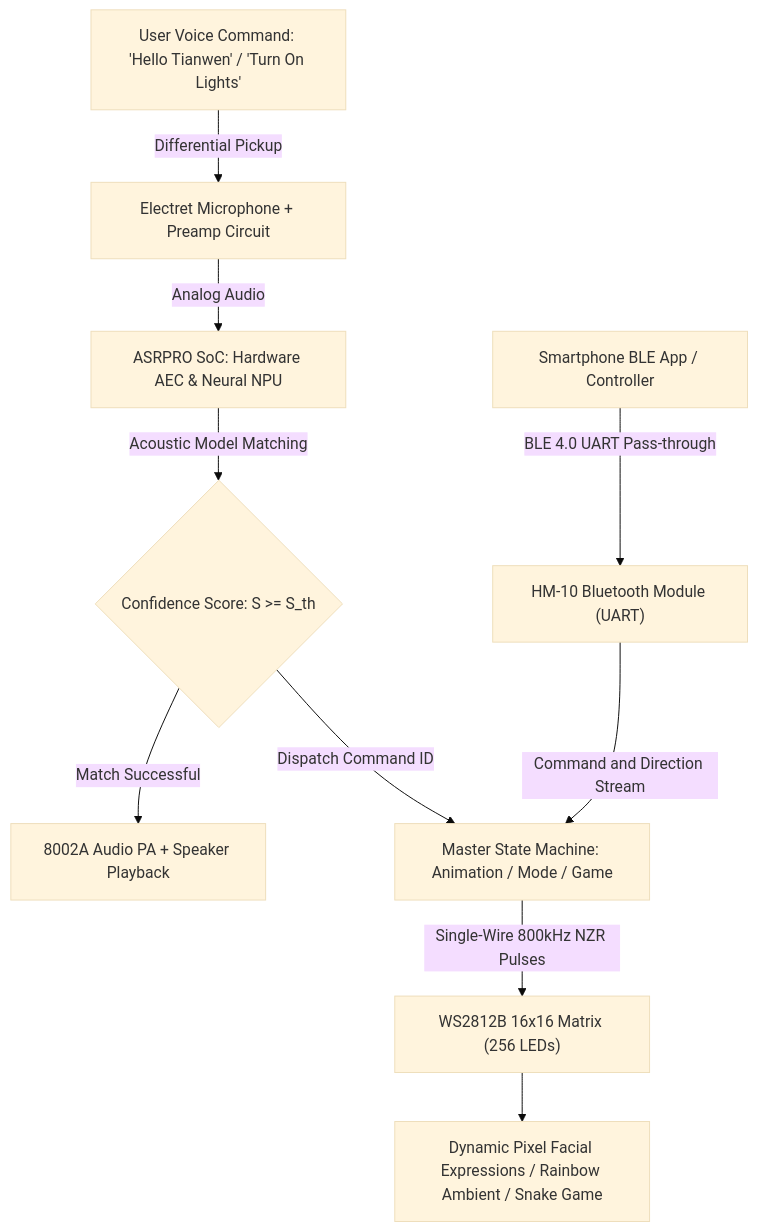
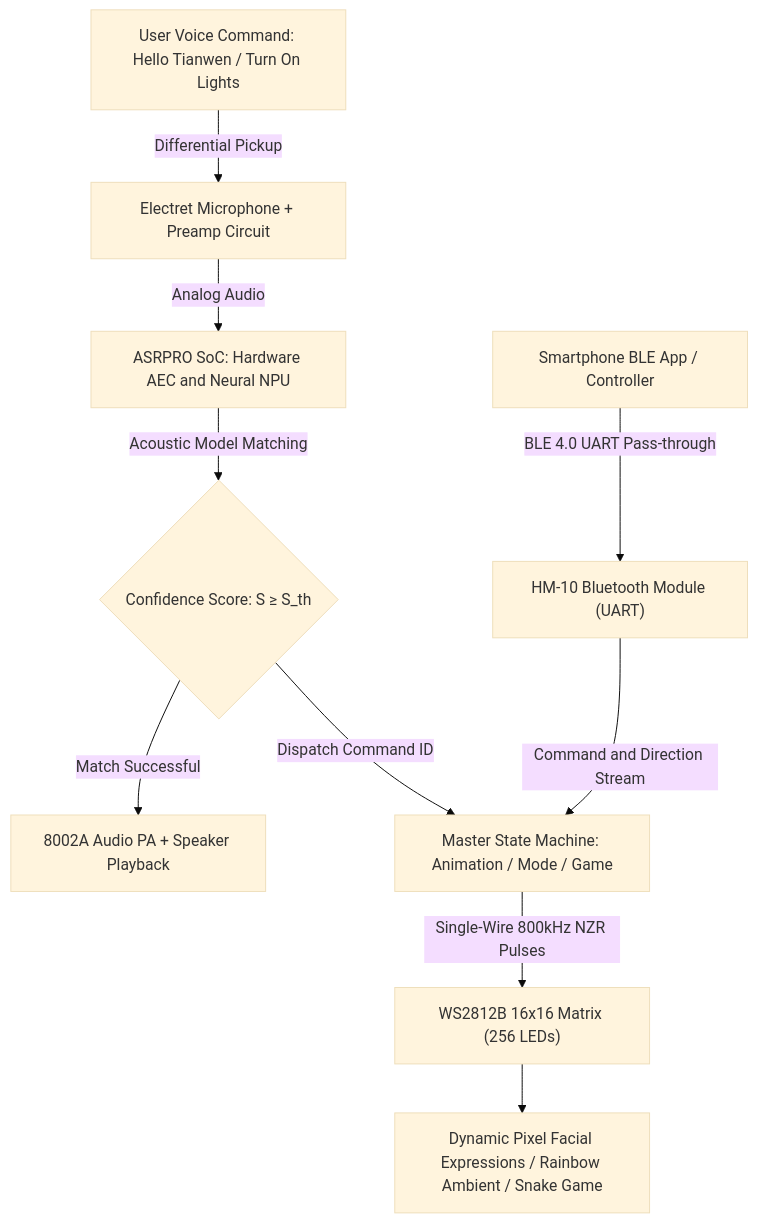
The diagram in README_EN.md (DongFengPo1412/Intelligent-Lighting-Control-System-Basic), drawn with Mermaid (base theme) before and after one commit. The commit also changed other lines of this file and 2 other files, not shown here.

Commit message:
docs: optimize math formulas and mermaid diagrams for GitHub KaTeX and Markdown compatibility

````diff
--- a/README_EN.md
+++ b/README_EN.md
@@ -60,12 +60,12 @@
 ```mermaid
 flowchart TD
-    A["User Voice Command: 'Hello Tianwen' / 'Turn On Lights'"] -->|Differential Pickup| B["Electret Microphone + Preamp Circuit"]
-    B -->|Analog Audio| C["ASRPRO SoC: Hardware AEC & Neural NPU"]
-    C -->|Acoustic Model Matching| D{"Confidence Score: S >= S_th"}
+    A["User Voice Command: Hello Tianwen / Turn On Lights"] -->|Differential Pickup| B["Electret Microphone + Preamp Circuit"]
+    B -->|Analog Audio| C["ASRPRO SoC: Hardware AEC and Neural NPU"]
+    C -->|Acoustic Model Matching| D{"Confidence Score: S ≥ S_th"}
     D -->|Match Successful| E["8002A Audio PA + Speaker Playback"]
     D -->|Dispatch Command ID| F["Master State Machine: Animation / Mode / Game"]
     G["Smartphone BLE App / Controller"] -->|BLE 4.0 UART Pass-through| H["HM-10 Bluetooth Module (UART)"]
     H -->|Command and Direction Stream| F
     F -->|Single-Wire 800kHz NZR Pulses| I["WS2812B 16x16 Matrix (256 LEDs)"]
     I --> J["Dynamic Pixel Facial Expressions / Rainbow Ambient / Snake Game"]
 ```
````
